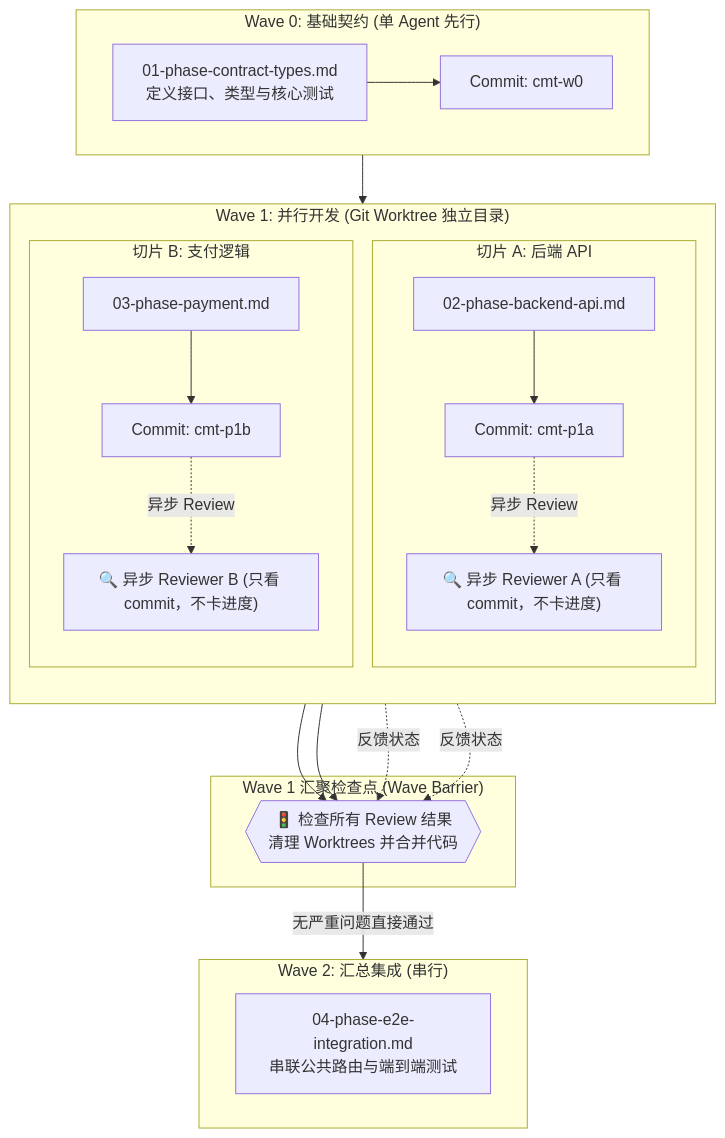
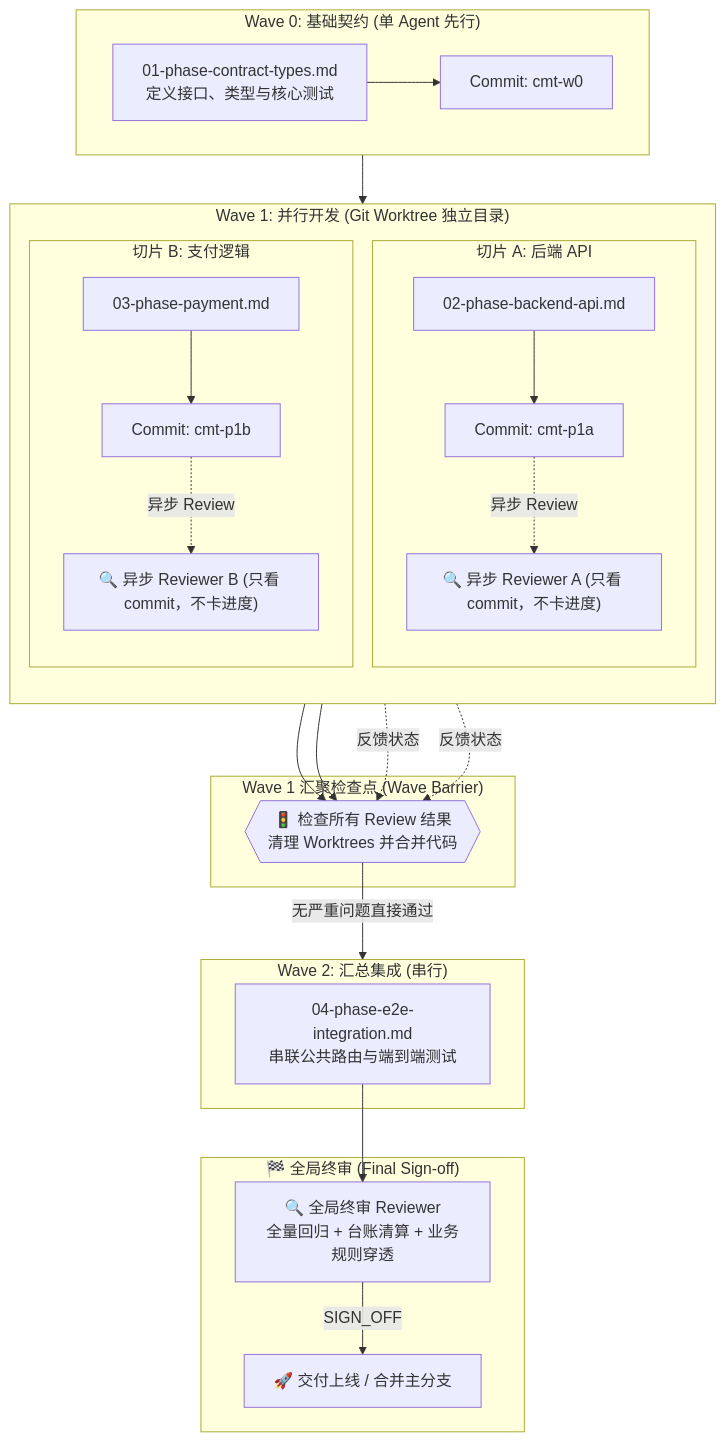
The diagram in engineering/task-breakdown/references/templates.md (SweetRetry/retry-kit), drawn with Mermaid before and after one commit. The commit also changed other lines of this file and 1 other file, not shown here.

Commit message:
docs(task-breakdown): add two-layer review and final acceptance flow

````diff
--- a/engineering/task-breakdown/references/templates.md
+++ b/engineering/task-breakdown/references/templates.md
@@ -104,34 +104,41 @@
 ```mermaid
 flowchart TD
     subgraph Wave0["Wave 0: 基础契约 (单 Agent 先行)"]
         P0["01-phase-contract-types.md<br/>定义接口、类型与核心测试"] --> P0_CMT["Commit: cmt-w0"]
     end
 
     subgraph Wave1["Wave 1: 并行开发 (Git Worktree 独立目录)"]
         direction TB
         subgraph S1["切片 A: 后端 API"]
             P1A["02-phase-backend-api.md"] --> P1A_CMT["Commit: cmt-p1a"]
             P1A_CMT -.->|异步 Review| R1A["🔍 异步 Reviewer A (只看 commit，不卡进度)"]
         end
 
         subgraph S2["切片 B: 支付逻辑"]
             P1B["03-phase-payment.md"] --> P1B_CMT["Commit: cmt-p1b"]
             P1B_CMT -.->|异步 Review| R1B["🔍 异步 Reviewer B (只看 commit，不卡进度)"]
         end
     end
 
     subgraph Barrier["Wave 1 汇聚检查点 (Wave Barrier)"]
         WB{{"🚦 检查所有 Review 结果<br/>清理 Worktrees 并合并代码"}}
     end
 
     subgraph Wave2["Wave 2: 汇总集成 (串行)"]
         P2["04-phase-e2e-integration.md<br/>串联公共路由与端到端测试"]
     end
 
+    subgraph WaveFinal["🏁 全局终审 (Final Sign-off)"]
+        FR["🔍 全局终审 Reviewer<br/>全量回归 + 台账清算 + 业务规则穿透"]
+        SHIP["🚀 交付上线 / 合并主分支"]
+    end
+
     Wave0 --> Wave1
     P1A_CMT --> WB
     P1B_CMT --> WB
     R1A -.->|反馈状态| WB
     R1B -.->|反馈状态| WB
     WB -->|无严重问题直接通过| Wave2
+    P2 --> FR
+    FR -->|SIGN_OFF| SHIP
 ```
````
